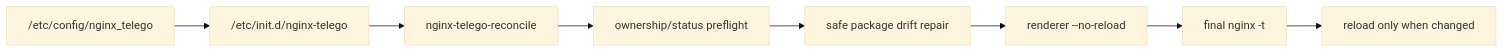
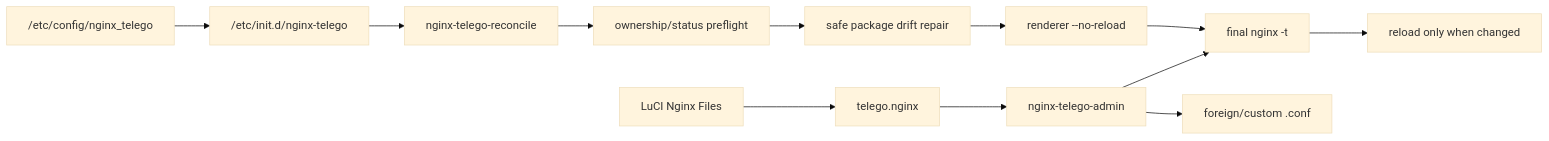
Diagram 11 of 15 in docs/ARCHITECTURE.md (Ra1nek/telEgo-openwrt), drawn with Mermaid (base theme) before and after one commit. The commit also changed other lines of this file, not shown here.

Commit message:
docs(architecture): sync Nginx model with P8 administration

````diff
--- a/docs/ARCHITECTURE.md
+++ b/docs/ARCHITECTURE.md
@@ -279,10 +283,15 @@
 ```mermaid
 flowchart LR
     UCI["/etc/config/nginx_telego"] --> INIT["/etc/init.d/nginx-telego"]
     INIT --> REC["nginx-telego-reconcile"]
     REC --> OWN["ownership/status preflight"]
     OWN --> REPAIR["safe package drift repair"]
     REPAIR --> RENDER["renderer --no-reload"]
     RENDER --> TEST["final nginx -t"]
     TEST --> RELOAD["reload only when changed"]
+
+    LUCI["LuCI Nginx Files"] --> RPCN["telego.nginx"]
+    RPCN --> ADMINH["nginx-telego-admin"]
+    ADMINH --> FOREIGN["foreign/custom .conf"]
+    ADMINH --> TEST
 ```
````
